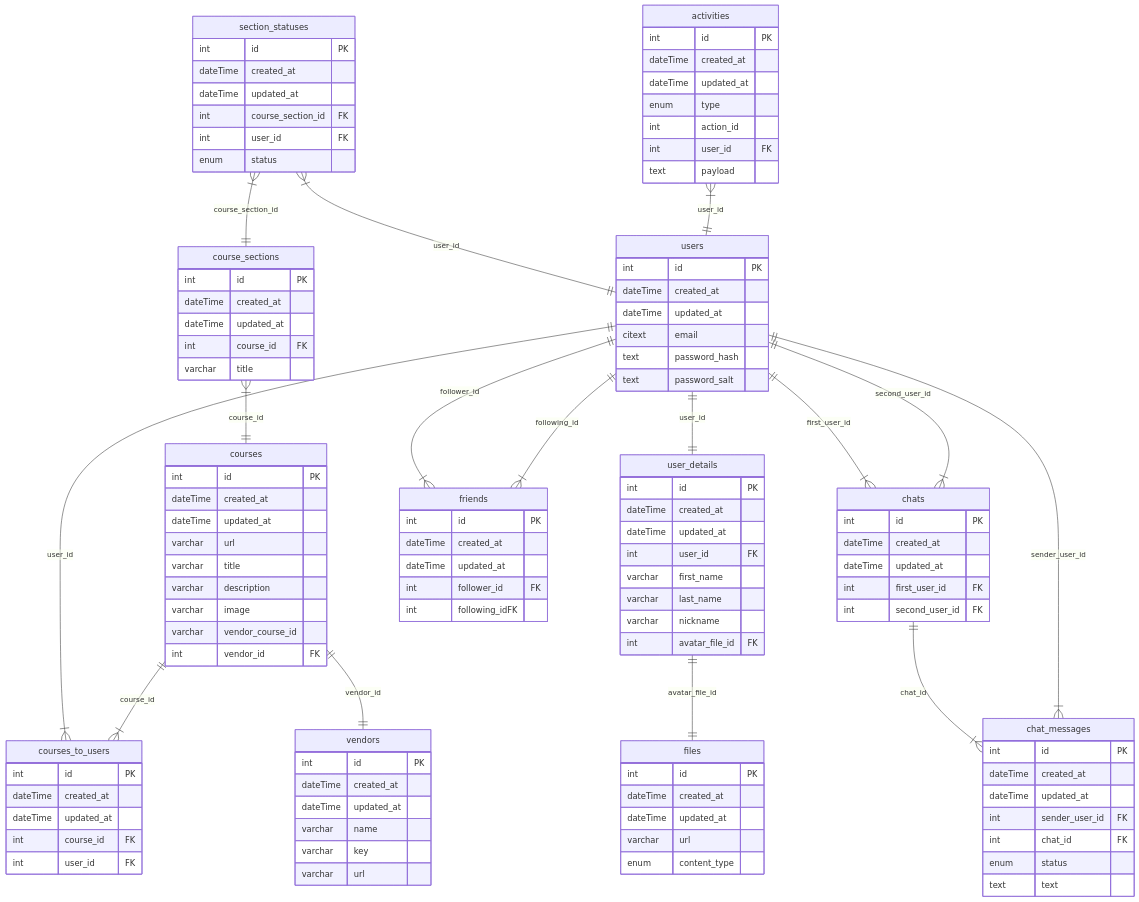
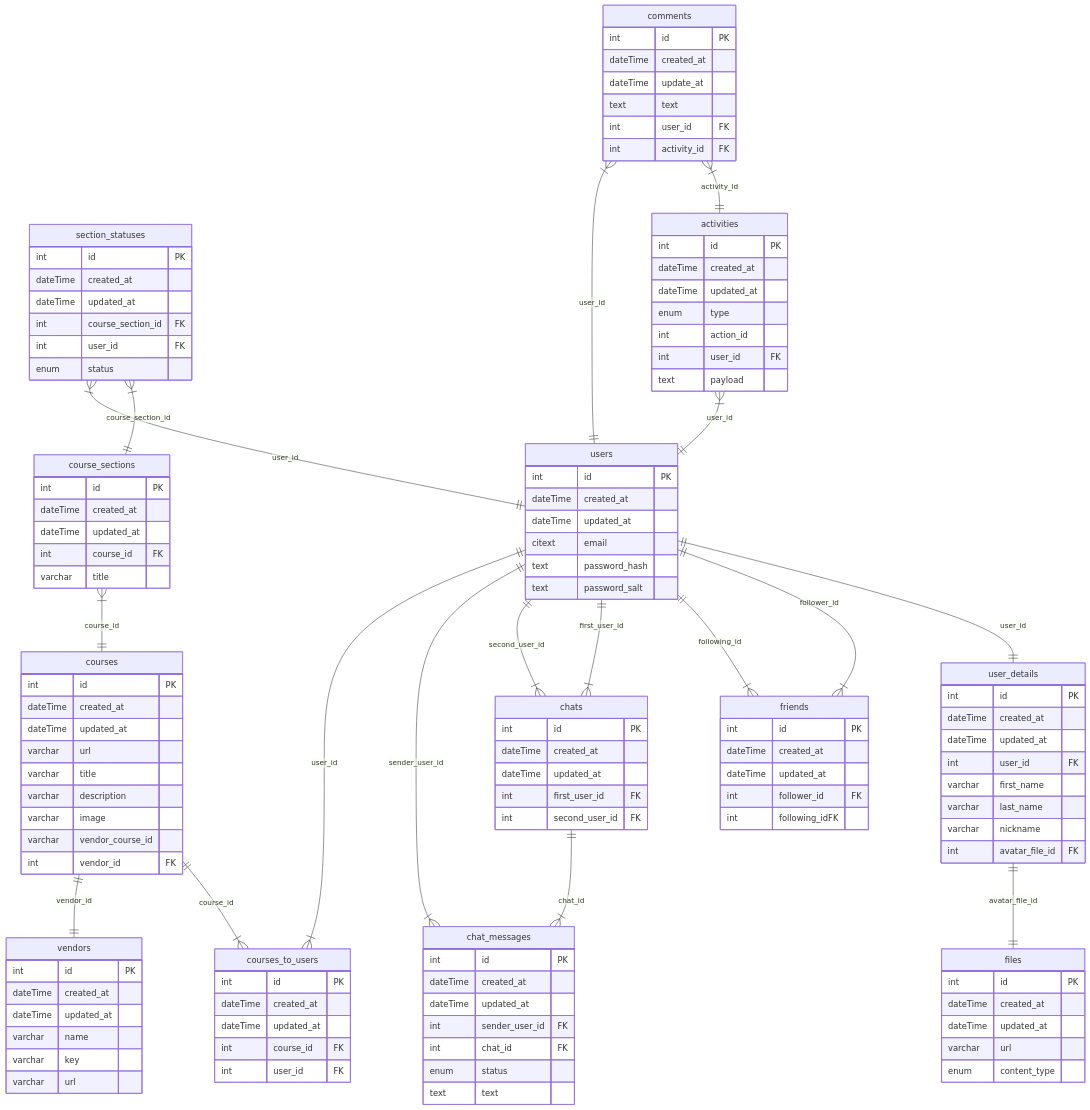
One commit to BinaryStudioAcademy/bsa-winter-2023-2024-trackmates changed the diagram in readme.md. Above: the diagram before and after it, drawn with Mermaid. The commit also changed 1 other file, not shown here.

Commit message:
docs: add comments table to database schema tm-308

````diff
--- a/readme.md
+++ b/readme.md
@@ -136,6 +136,15 @@
     text payload
    }
 
+  comments {
+    int id PK
+    dateTime created_at
+    dateTime update_at
+    text text
+    int user_id FK
+    int activity_id FK
+  }
+
    users ||--|| user_details : user_id
    user_details ||--|| files : avatar_file_id
 
@@ -159,4 +168,7 @@
    section_statuses }|--|| users : user_id
    activities }|--|| users : user_id
 
+   comments }|--|| activities : activity_id
+   comments }|--|| users : user_id
+
 ```
````
